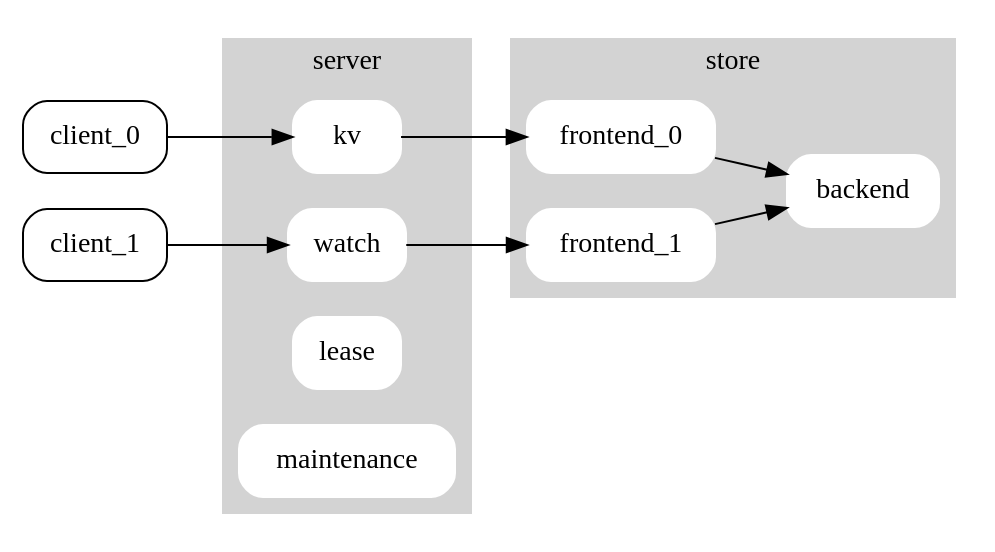
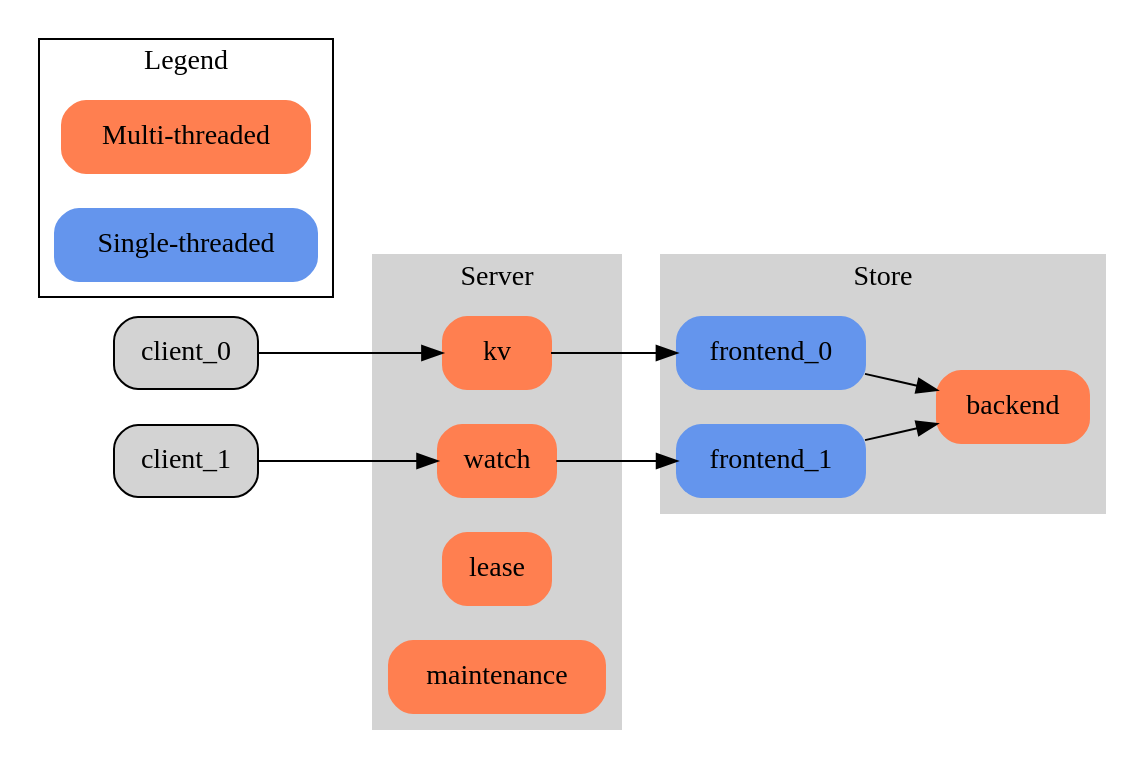
The diagram in diagrams/high-level.dot (jeffa5/mergeable-etcd), drawn with Graphviz before and after one commit. The commit also changed 1 other file, not shown here.

```diff
--- a/diagrams/high-level.dot
+++ b/diagrams/high-level.dot
@@ -1,37 +1,44 @@
 digraph G {
   rankdir=LR;
-  node[shape=rectangle,style=rounded];
+  node[shape=rectangle,style="filled,rounded"];
 
   subgraph cluster_0 {
     style=filled;
     color=lightgrey;
     node [style="rounded,filled",color=white];
 
-    kv;
-    watch;
-    lease;
-    maintenance;
+    kv [color=coral];
+    watch[color=coral];
+    lease[color=coral];
+    maintenance[color=coral];
 
-    label="server"
+    label="Server"
   }
 
   subgraph cluster_1 {
     style=filled;
     color=lightgrey;
     node [style="rounded,filled",color=white];
 
-    frontend_0;
-    backend;
+    frontend_0[color=cornflowerblue];
+    frontend_1[color=cornflowerblue];
+    backend[color=coral];
 
     frontend_0 -> backend;
     frontend_1 -> backend;
 
-    label="store"
+    label="Store"
   }
 
   client_0 -> kv;
   kv -> frontend_0;
 
   client_1 -> watch;
   watch -> frontend_1;
+
+  subgraph cluster_10 {
+    label = "Legend";
+    a [color=coral,style="filled,rounded",label="Multi-threaded"]
+    b [color=cornflowerblue,style="filled,rounded",label="Single-threaded"]
+  }
 }
```
